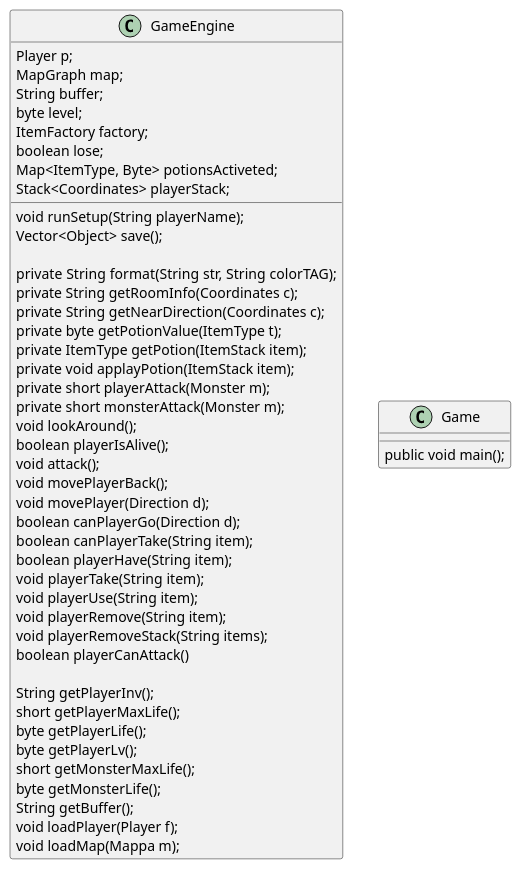
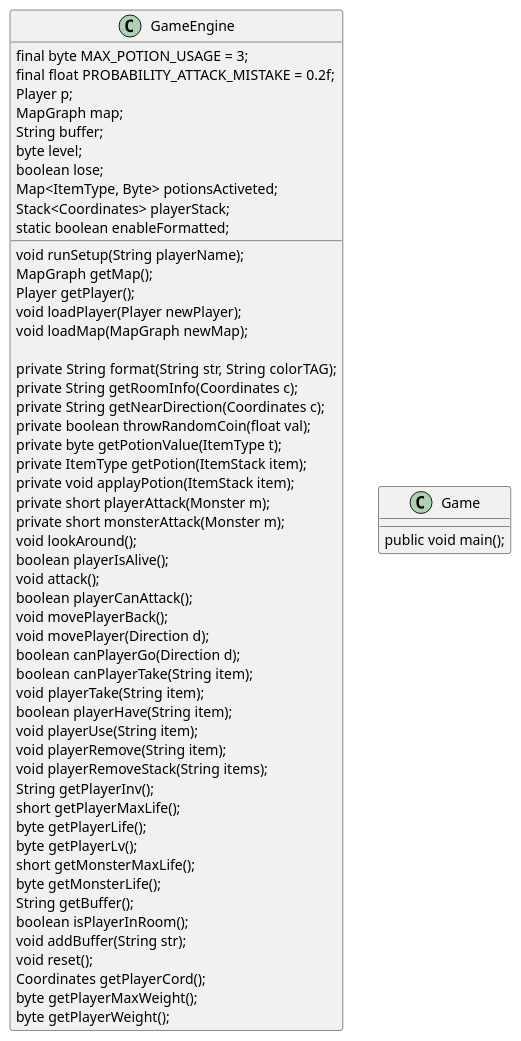
Before and after one commit to PdP03/ACMD: the diagram in DiagrammiUML/ClassDiagram(GameEngine-Game).puml, drawn with PlantUML. The commit also changed 1 other file, not shown here.

Commit message:
Aggiornamento ClassDiagram(GameEngine)

```diff
--- a/DiagrammiUML/ClassDiagram(GameEngine-Game).puml
+++ b/DiagrammiUML/ClassDiagram(GameEngine-Game).puml
@@ -1,62 +1,70 @@
 
 /'organizzatore e gestore degli eventi del gioco'/
 class GameEngine{
+  final byte MAX_POTION_USAGE = 3;
+  final float PROBABILITY_ATTACK_MISTAKE = 0.2f;
   Player p;
   MapGraph map;
   String buffer;
   byte level;
-  ItemFactory factory;
   boolean lose;
   Map<ItemType, Byte> potionsActiveted;
   Stack<Coordinates> playerStack;
+  static boolean enableFormatted;
 
   /'metodo per l'inizializzazione(di player e mappa)'/
   void runSetup(String playerName);
-  Vector<Object> save();
+  MapGraph getMap();
+  Player getPlayer();
+  void loadPlayer(Player newPlayer);
+  void loadMap(MapGraph newMap);
   
   /'metodi privati'/
   private String format(String str, String colorTAG);
   private String getRoomInfo(Coordinates c);
   private String getNearDirection(Coordinates c);
+  private boolean throwRandomCoin(float val);
   private byte getPotionValue(ItemType t);
   private ItemType getPotion(ItemStack item);
   private void applayPotion(ItemStack item);
   private short playerAttack(Monster m);
   private short monsterAttack(Monster m);
 
 
   /'metodo richiamati durante il gioco '/
   void lookAround();
   boolean playerIsAlive();
   void attack();
+  boolean playerCanAttack();
   void movePlayerBack();
   void movePlayer(Direction d);
   boolean canPlayerGo(Direction d);
   boolean canPlayerTake(String item);
+  void playerTake(String item);
   boolean playerHave(String item);
-  void playerTake(String item);
   void playerUse(String item);
   void playerRemove(String item);        /'aggiunge nel buffer una info degli oggetti eliminati'/
   void playerRemoveStack(String items);/'toglie tutto lo stack di item'/
-  boolean playerCanAttack()
+  
 
   /'metodi usati per aggiornare la grafica'/
   String getPlayerInv();
   short getPlayerMaxLife();
   byte getPlayerLife();
   byte getPlayerLv();
   short getMonsterMaxLife();
   byte getMonsterLife();
   String getBuffer();
-  
-
-  /'metodi usati nel load di un partita'/
-  void loadPlayer(Player f);
-  void loadMap(Mappa m); 
+  boolean isPlayerInRoom();
+  void addBuffer(String str);
+  void reset();
+  Coordinates getPlayerCord();
+  byte getPlayerMaxWeight();
+  byte getPlayerWeight();
 }
 
 
 class Game{
 public void main();
 
 }
```
